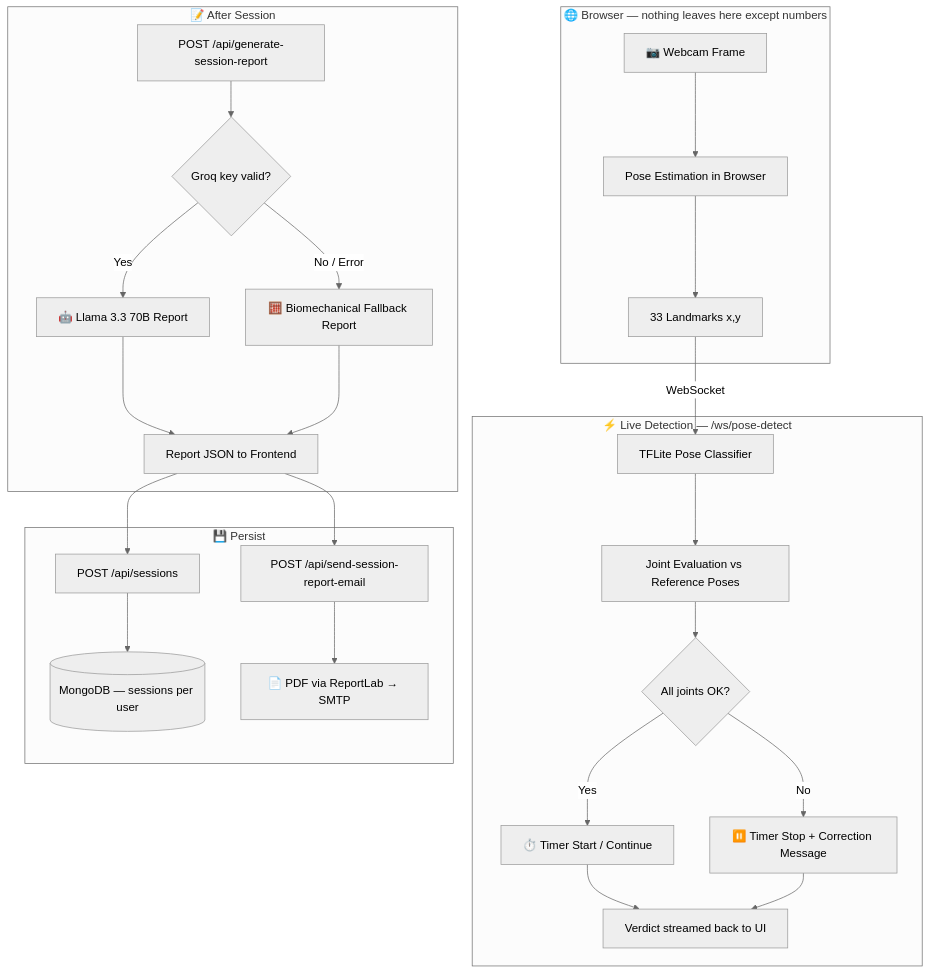
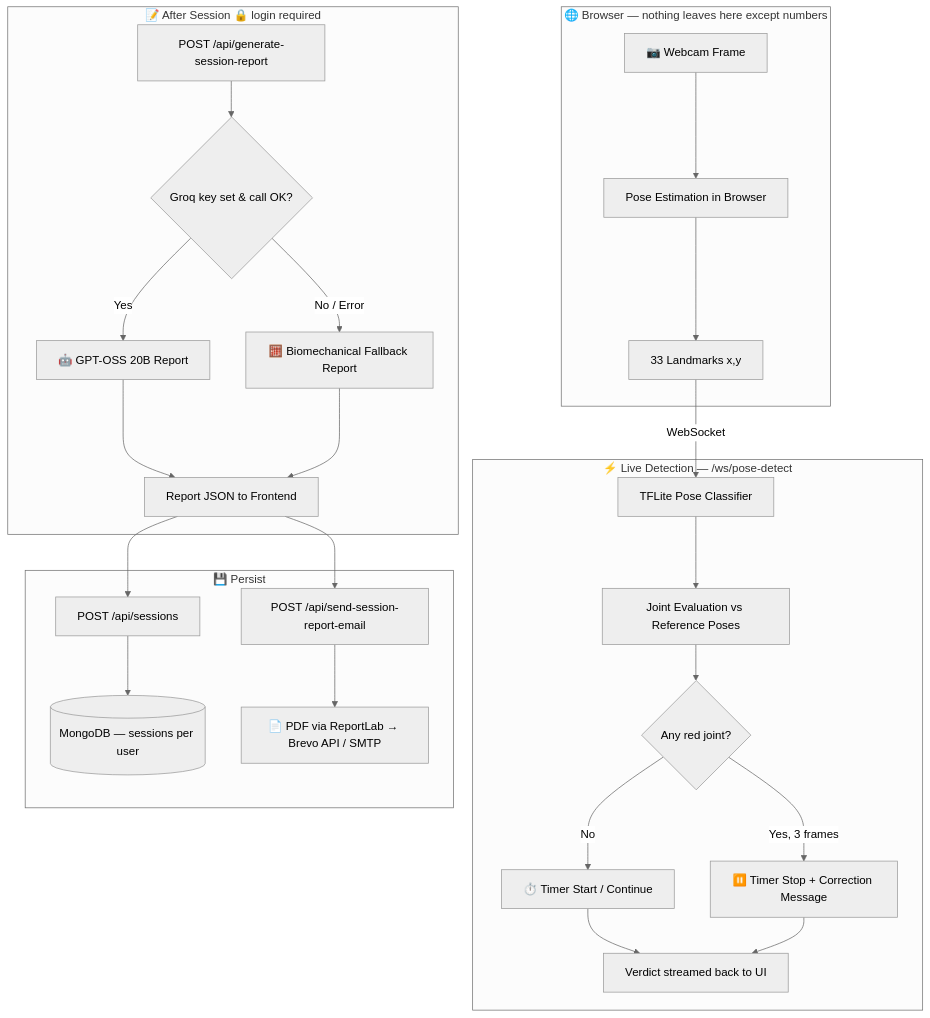
One commit to mithun472/Asana-Sense-Backend changed the diagram in README.md. Above: the diagram before and after it, drawn with Mermaid (neutral theme). The commit also changed other lines of this file, not shown here.

````diff
--- a/README.md
+++ b/README.md
@@ -77,30 +89,30 @@
 ```mermaid
 flowchart TD
     subgraph Browser["🌐 Browser — nothing leaves here except numbers"]
         A[📷 Webcam Frame] --> B[Pose Estimation in Browser]
         B --> C[33 Landmarks x,y]
     end
 
     subgraph Live["⚡ Live Detection — /ws/pose-detect"]
         C -->|WebSocket| D[TFLite Pose Classifier]
         D --> E[Joint Evaluation vs Reference Poses]
-        E --> F{All joints OK?}
-        F -- Yes --> G[⏱️ Timer Start / Continue]
-        F -- No --> H[⏸️ Timer Stop + Correction Message]
+        E --> F{Any red joint?}
+        F -- No --> G[⏱️ Timer Start / Continue]
+        F -- Yes, 3 frames --> H[⏸️ Timer Stop + Correction Message]
         G & H --> I[Verdict streamed back to UI]
     end
 
-    subgraph Report["📝 After Session"]
-        J[POST /api/generate-session-report] --> K{Groq key valid?}
-        K -- Yes --> L[🤖 Llama 3.3 70B Report]
+    subgraph Report["📝 After Session  🔒 login required"]
+        J[POST /api/generate-session-report] --> K{Groq key set & call OK?}
+        K -- Yes --> L[🤖 GPT-OSS 20B Report]
         K -- No / Error --> M[🧮 Biomechanical Fallback Report]
         L & M --> N[Report JSON to Frontend]
     end
 
     subgraph Save["💾 Persist"]
         N --> O[POST /api/sessions]
         O --> P[(MongoDB — sessions per user)]
         N --> Q[POST /api/send-session-report-email]
-        Q --> R[📄 PDF via ReportLab → SMTP]
+        Q --> R[📄 PDF via ReportLab → Brevo API / SMTP]
     end
 ```
````
